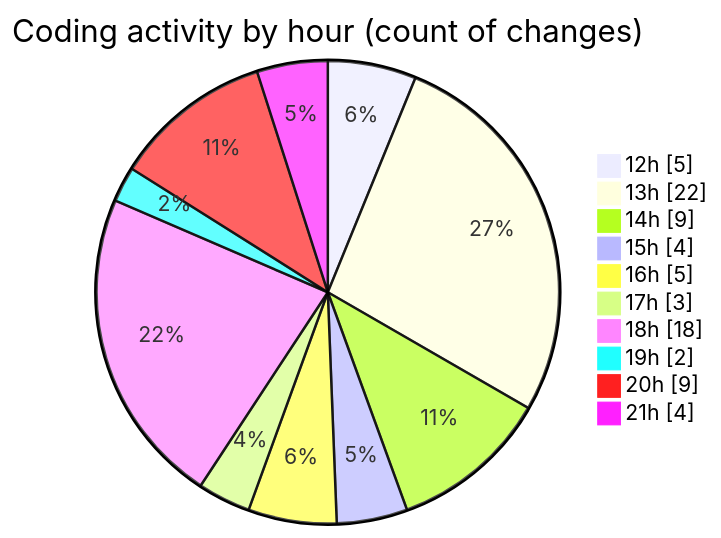
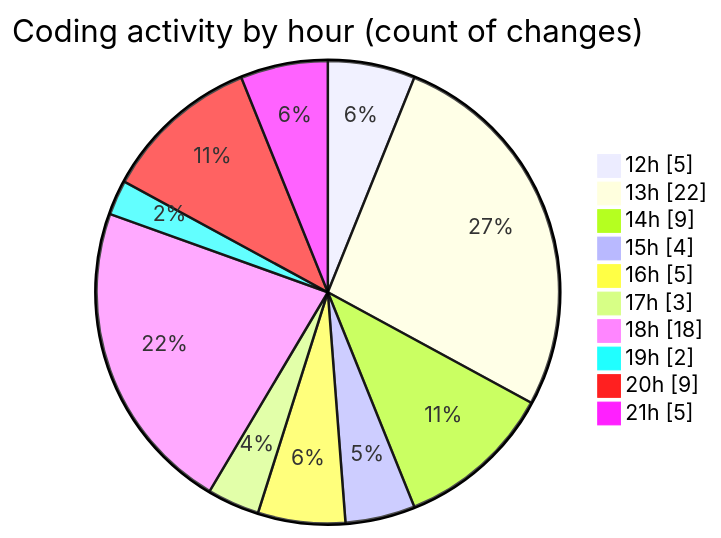
The second of 2 diagrams in 2025-04-19/myws__workspace_/README.md (MatusMokan/code-tracking), drawn with Mermaid before and after one commit. The commit also changed other lines of this file and 1 other file, not shown here.

````diff
--- a/2025-04-19/myws__workspace_/README.md
+++ b/2025-04-19/myws__workspace_/README.md
@@ -32,14 +32,14 @@
 ```mermaid
 pie showData
 title Coding activity by hour (count of changes)
 "12h" : 5
 "13h" : 22
 "14h" : 9
 "15h" : 4
 "16h" : 5
 "17h" : 3
 "18h" : 18
 "19h" : 2
 "20h" : 9
-"21h" : 4
+"21h" : 5
 ```
````
